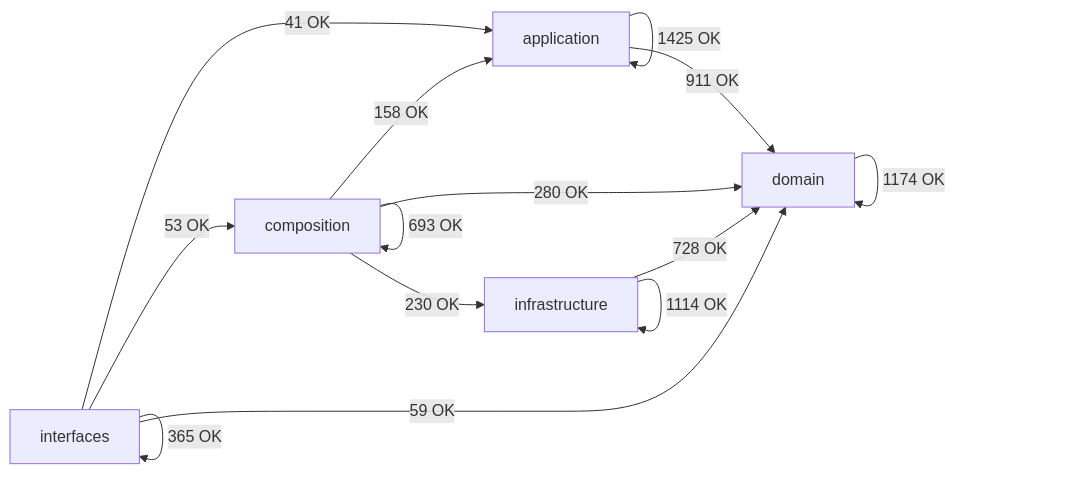
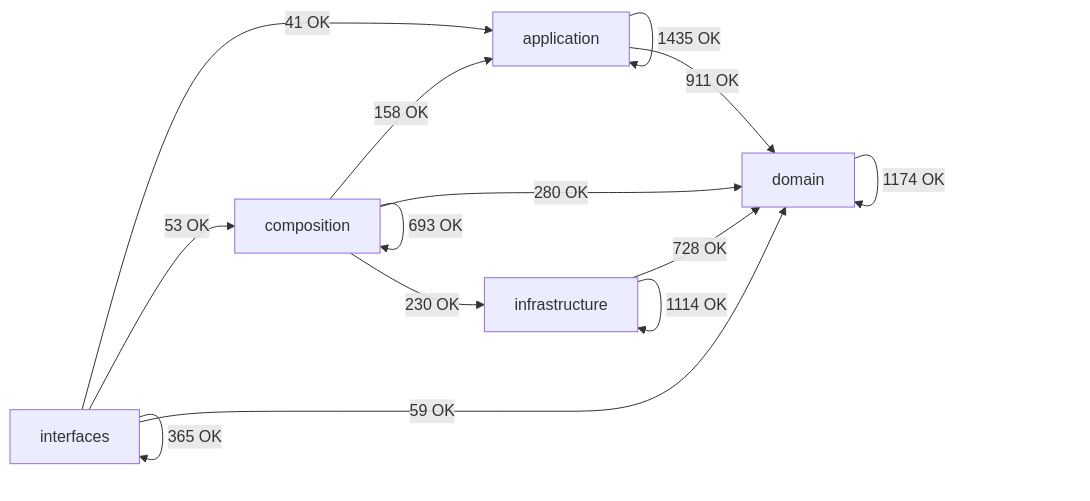
Before and after one commit to SatoryKono/BioactivityDataAcquisition: the diagram in docs/02-architecture/generated/module-dependency-map.md, drawn with Mermaid. The commit also changed other lines of this file and 62 other files, not shown here.

````diff
--- a/docs/02-architecture/generated/module-dependency-map.md
+++ b/docs/02-architecture/generated/module-dependency-map.md
@@ -17,21 +17,21 @@
 ```mermaid
 flowchart LR
     domain[domain]
     application[application]
     infrastructure[infrastructure]
     composition[composition]
     interfaces[interfaces]
-    application -->|1425 OK| application
+    application -->|1435 OK| application
     application -->|911 OK| domain
     composition -->|158 OK| application
     composition -->|693 OK| composition
     composition -->|280 OK| domain
     composition -->|230 OK| infrastructure
     domain -->|1174 OK| domain
     infrastructure -->|728 OK| domain
     infrastructure -->|1114 OK| infrastructure
     interfaces -->|41 OK| application
     interfaces -->|53 OK| composition
     interfaces -->|59 OK| domain
     interfaces -->|365 OK| interfaces
 ```
````
